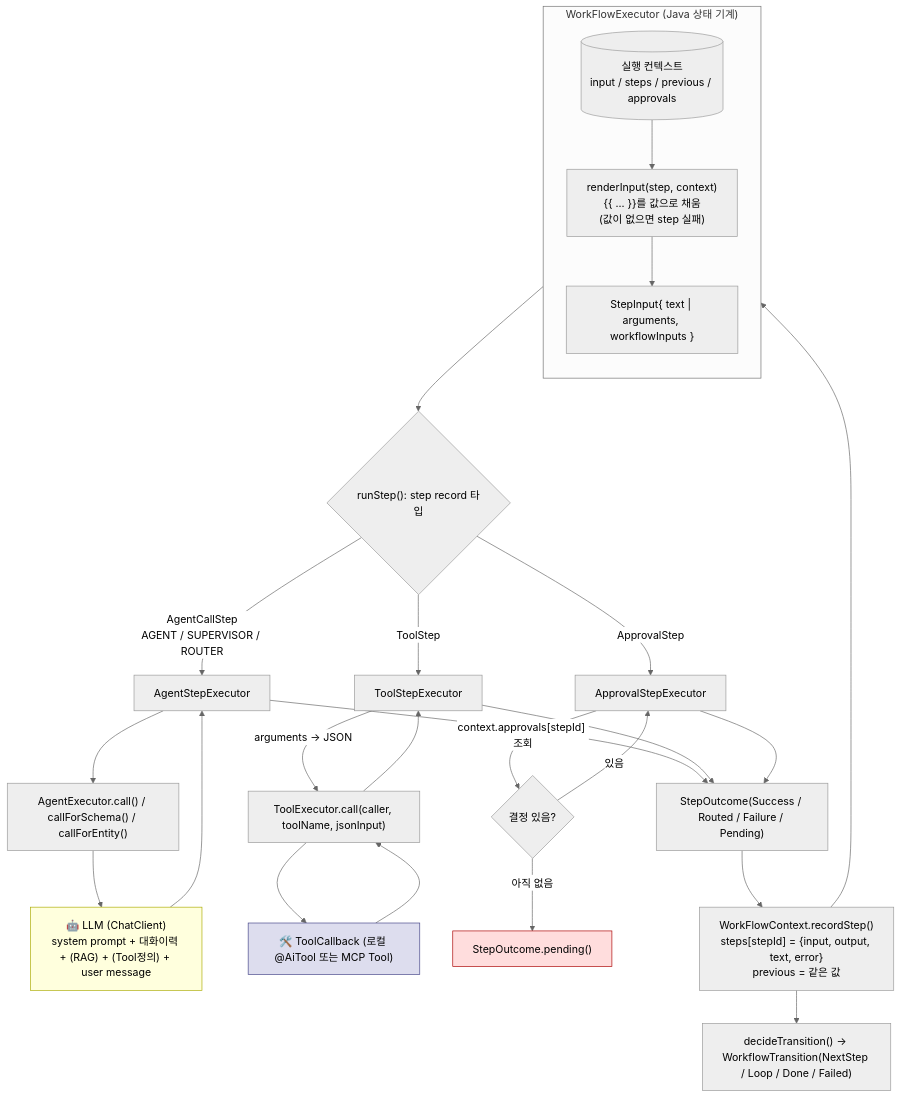
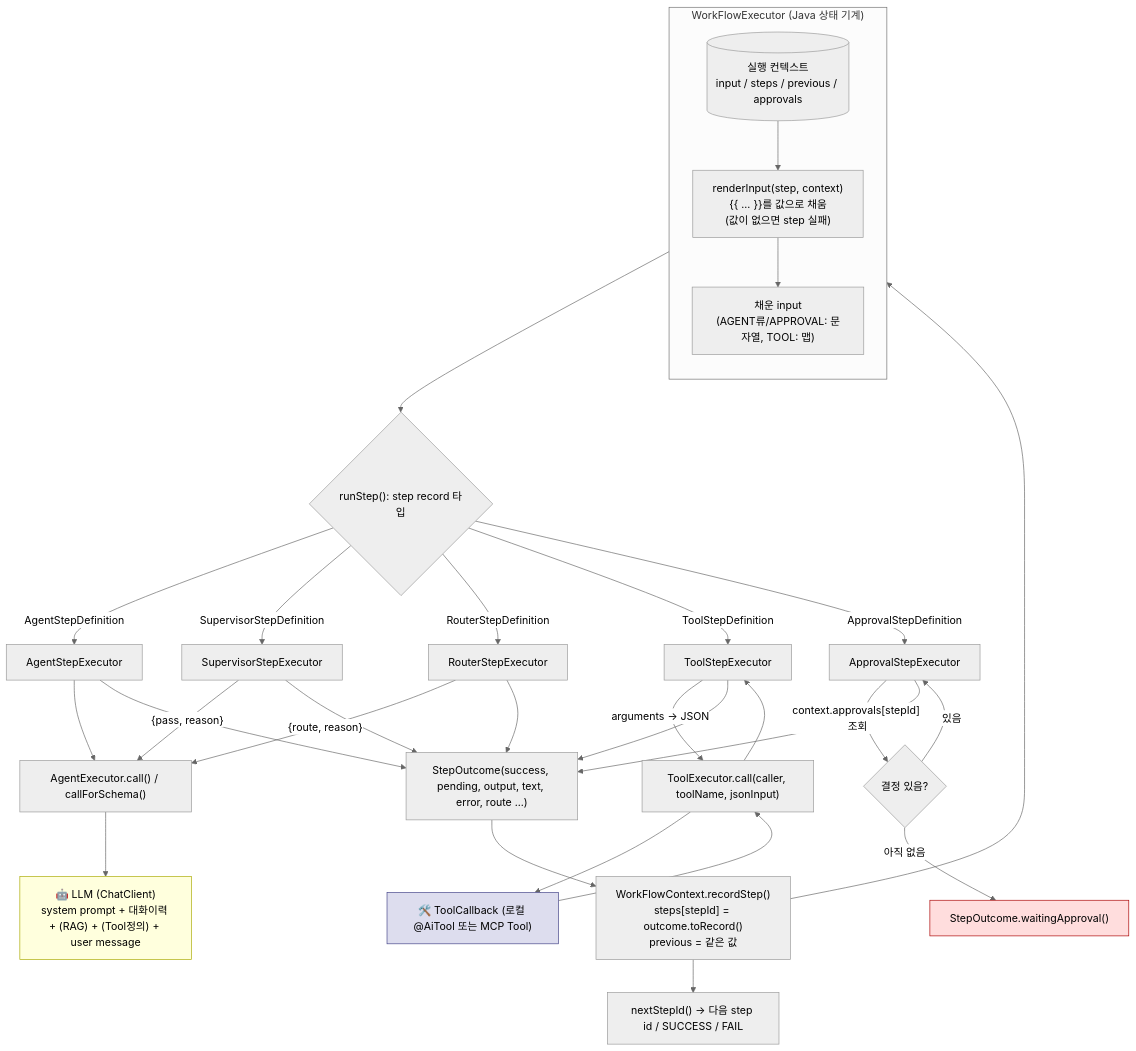
Before and after one commit to YongSoekChoeng/dstone: the fifth of 10 diagrams in docs/09.dstone-ai-engine.md, drawn with Mermaid (neutral theme). The commit also changed other lines of this file and 42 other files, not shown here.

````diff
--- a/docs/09.dstone-ai-engine.md
+++ b/docs/09.dstone-ai-engine.md
@@ -372,39 +376,44 @@
 ```mermaid
 flowchart TD
     subgraph L1["WorkFlowExecutor (Java 상태 기계)"]
         direction TB
         CTX[("실행 컨텍스트\ninput / steps / previous / approvals")]
         R["renderInput(step, context)\n{{ ... }}를 값으로 채움\n(값이 없으면 step 실패)"]
-        SI["StepInput{ text | arguments, workflowInputs }"]
+        SI["채운 input\n(AGENT류/APPROVAL: 문자열, TOOL: 맵)"]
         CTX --> R --> SI
     end
 
     SI --> DISPATCH{"runStep(): step record 타입"}
-    DISPATCH -->|AgentCallStep\nAGENT / SUPERVISOR / ROUTER| ASR["AgentStepExecutor"]
-    DISPATCH -->|ToolStep| TSR["ToolStepExecutor"]
-    DISPATCH -->|ApprovalStep| APR["ApprovalStepExecutor"]
+    DISPATCH -->|AgentStepDefinition| ASR["AgentStepExecutor"]
+    DISPATCH -->|SupervisorStepDefinition| SSR["SupervisorStepExecutor"]
+    DISPATCH -->|RouterStepDefinition| RSR["RouterStepExecutor"]
+    DISPATCH -->|ToolStepDefinition| TSR["ToolStepExecutor"]
+    DISPATCH -->|ApprovalStepDefinition| APR["ApprovalStepExecutor"]
 
-    ASR --> AE["AgentExecutor.call() / callForSchema() / callForEntity()"]
+    ASR --> AE["AgentExecutor.call() / callForSchema()"]
+    SSR -->|"{pass, reason}"| AE
+    RSR -->|"{route, reason}"| AE
     AE --> LLM["🤖 LLM (ChatClient)\nsystem prompt + 대화이력 + (RAG) + (Tool정의) + user message"]
-    LLM --> ASR
 
     TSR -->|"arguments → JSON"| TE["ToolExecutor.call(caller, toolName, jsonInput)"]
     TE --> TOOL["🛠️ ToolCallback (로컬 @AiTool 또는 MCP Tool)"]
     TOOL --> TE --> TSR
 
     APR -->|"context.approvals[stepId] 조회"| DECIDE{"결정 있음?"}
-    DECIDE -->|"아직 없음"| PENDING["StepOutcome.pending()"]
+    DECIDE -->|"아직 없음"| PENDING["StepOutcome.waitingApproval()"]
     DECIDE -->|"있음"| APR
 
-    ASR --> SO["StepOutcome(Success / Routed / Failure / Pending)"]
+    ASR --> SO["StepOutcome(success, pending, output, text, error, route ...)"]
+    SSR --> SO
+    RSR --> SO
     TSR --> SO
     APR --> SO
 
-    SO --> REC["WorkFlowContext.recordStep()\nsteps[stepId] = {input, output, text, error}\nprevious = 같은 값"]
+    SO --> REC["WorkFlowContext.recordStep()\nsteps[stepId] = outcome.toRecord()\nprevious = 같은 값"]
     REC --> CTX
-    REC --> NEXT["decideTransition() → WorkflowTransition(NextStep / Loop / Done / Failed)"]
+    REC --> NEXT["nextStepId() → 다음 step id / SUCCESS / FAIL"]
 
     style LLM fill:#ffd,stroke:#aa0
     style TOOL fill:#dde,stroke:#448
     style PENDING fill:#fdd,stroke:#a00
 ```
````
